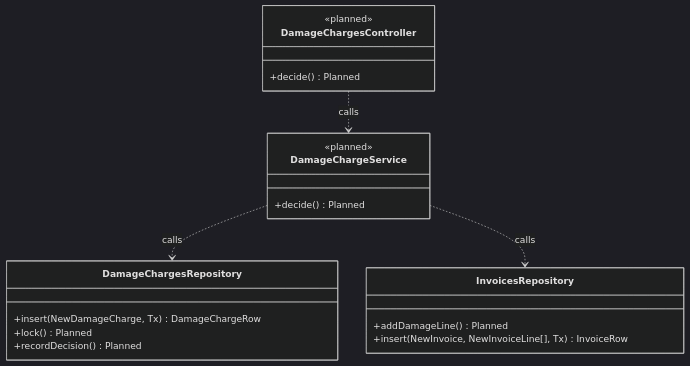
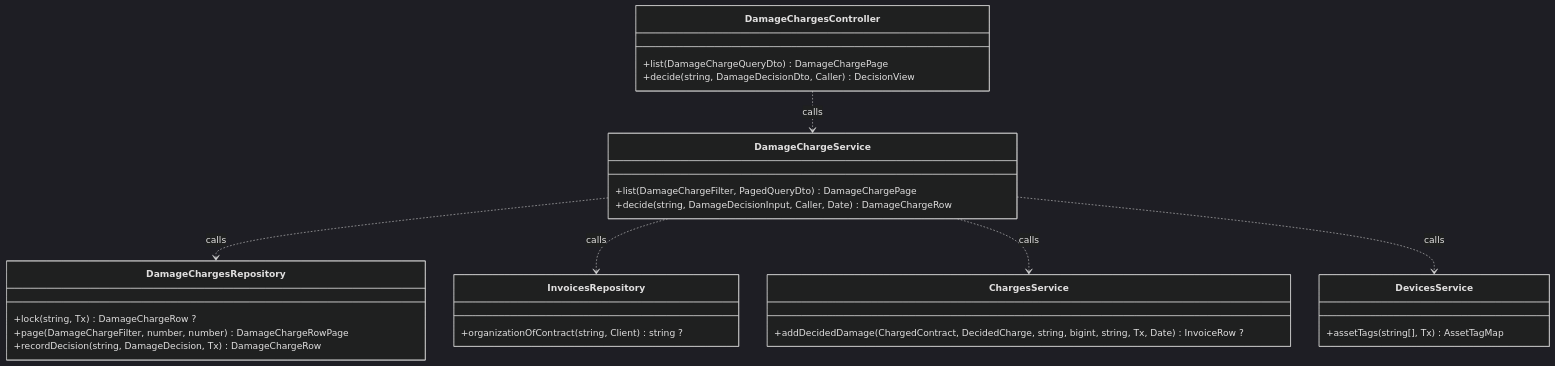
Before and after one commit to TrekLink-Team/treklink-web: the sixth of 17 diagrams in specs/billing/design.md, drawn with Mermaid (dark theme). The commit also changed other lines of this file and 34 other files, not shown here.

First line of the commit message:
feat(TK-161): damage charge decision on the charge's own contract and inspector (UC-48, D-081)

````diff
--- a/specs/billing/design.md
+++ b/specs/billing/design.md
@@ -287,24 +296,31 @@
 ```mermaid
 classDiagram
     direction TB
     class DamageChargesController {
-        <<planned>>
-        +decide() Planned
+        +list(DamageChargeQueryDto) DamageChargePage
+        +decide(string, DamageDecisionDto, Caller) DecisionView
     }
     class DamageChargeService {
-        <<planned>>
-        +decide() Planned
+        +list(DamageChargeFilter, PagedQueryDto) DamageChargePage
+        +decide(string, DamageDecisionInput, Caller, Date) DamageChargeRow
     }
     class DamageChargesRepository {
-        +insert(NewDamageCharge, Tx) DamageChargeRow
-        +lock() Planned
-        +recordDecision() Planned
+        +lock(string, Tx) DamageChargeRow ?
+        +page(DamageChargeFilter, number, number) DamageChargeRowPage
+        +recordDecision(string, DamageDecision, Tx) DamageChargeRow
     }
     class InvoicesRepository {
-        +addDamageLine() Planned
-        +insert(NewInvoice, NewInvoiceLine[], Tx) InvoiceRow
+        +organizationOfContract(string, Client) string ?
     }
+    class ChargesService {
+        +addDecidedDamage(ChargedContract, DecidedCharge, string, bigint, string, Tx, Date) InvoiceRow ?
+    }
+    class DevicesService {
+        +assetTags(string[], Tx) AssetTagMap
+    }
+    DamageChargesController ..> DamageChargeService : calls
     DamageChargeService ..> DamageChargesRepository : calls
     DamageChargeService ..> InvoicesRepository : calls
-    DamageChargesController ..> DamageChargeService : calls
+    DamageChargeService ..> ChargesService : calls
+    DamageChargeService ..> DevicesService : calls
 ```
````
